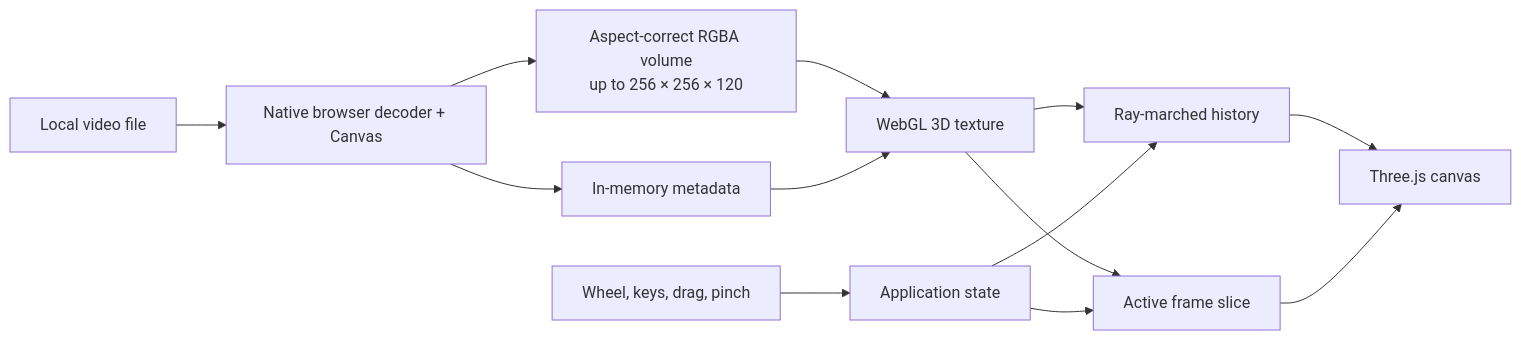
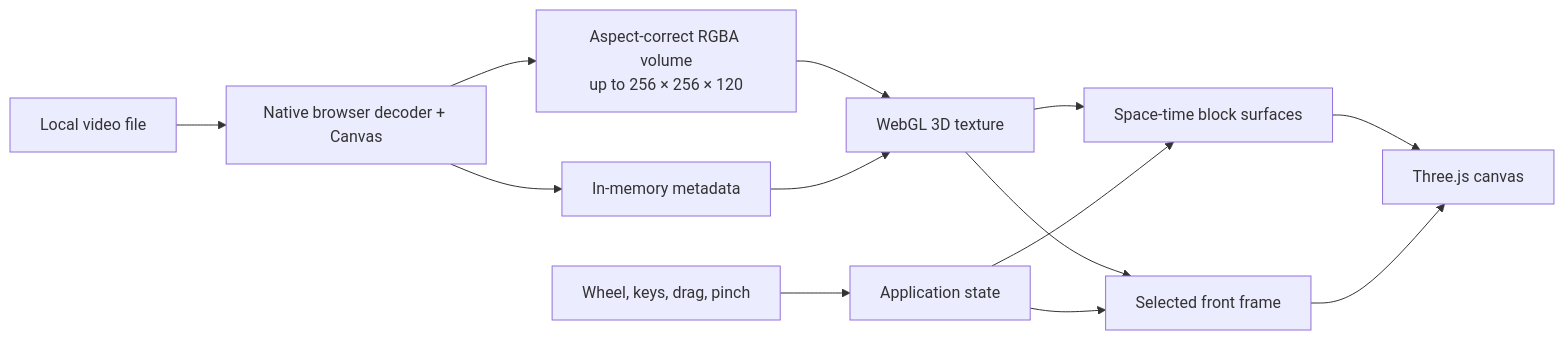
The diagram in README.md (EvanGruhlkey/time-block), drawn with Mermaid before and after one commit. The commit also changed other lines of this file, not shown here.

Commit message:
updated the readme for time blocks

````diff
--- a/README.md
+++ b/README.md
@@ -21,15 +21,15 @@
 ```mermaid
 flowchart LR
   V["Local video file"] --> B["Native browser decoder + Canvas"]
   B --> R["Aspect-correct RGBA volume\nup to 256 × 256 × 120"]
   B --> M["In-memory metadata"]
   R --> T["WebGL 3D texture"]
   M --> T
-  T --> H["Ray-marched history"]
-  T --> S["Active frame slice"]
+  T --> H["Space-time block surfaces"]
+  T --> S["Selected front frame"]
   I["Wheel, keys, drag, pinch"] --> A["Application state"]
   A --> H
   A --> S
   H --> C["Three.js canvas"]
   S --> C
 ```
````
